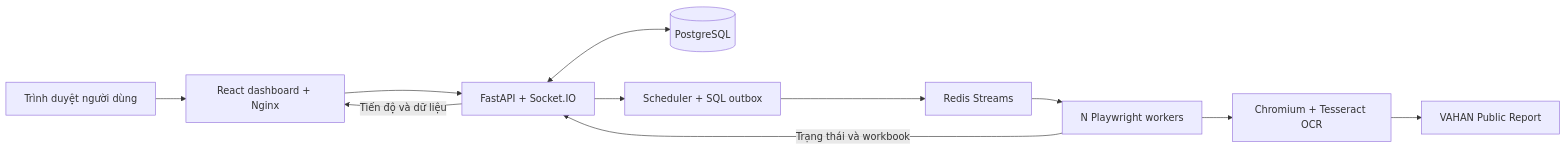
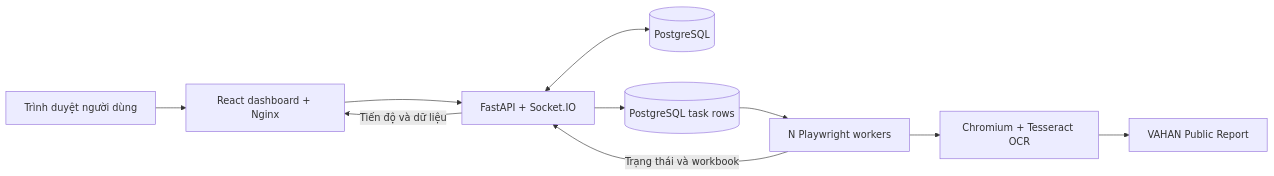
One commit to Muteen-Felix/vahan-automation changed the diagram in README.md. Above: the diagram before and after it, drawn with Mermaid. The commit also changed other lines of this file and 183 other files, not shown here.

````diff
--- a/README.md
+++ b/README.md
@@ -45,13 +45,12 @@
 ```mermaid
 flowchart LR
   U[Trình duyệt người dùng] --> W[React dashboard + Nginx]
   W --> A[FastAPI + Socket.IO]
   A <--> P[(PostgreSQL)]
-  A --> S[Scheduler + SQL outbox]
-  S --> Q[Redis Streams]
+  A --> Q[(PostgreSQL task rows)]
   Q --> R[N Playwright workers]
   R --> C[Chromium + Tesseract OCR]
   C --> V[VAHAN Public Report]
   R -->|Trạng thái và workbook| A
   A -->|Tiến độ và dữ liệu| W
 ```
````
